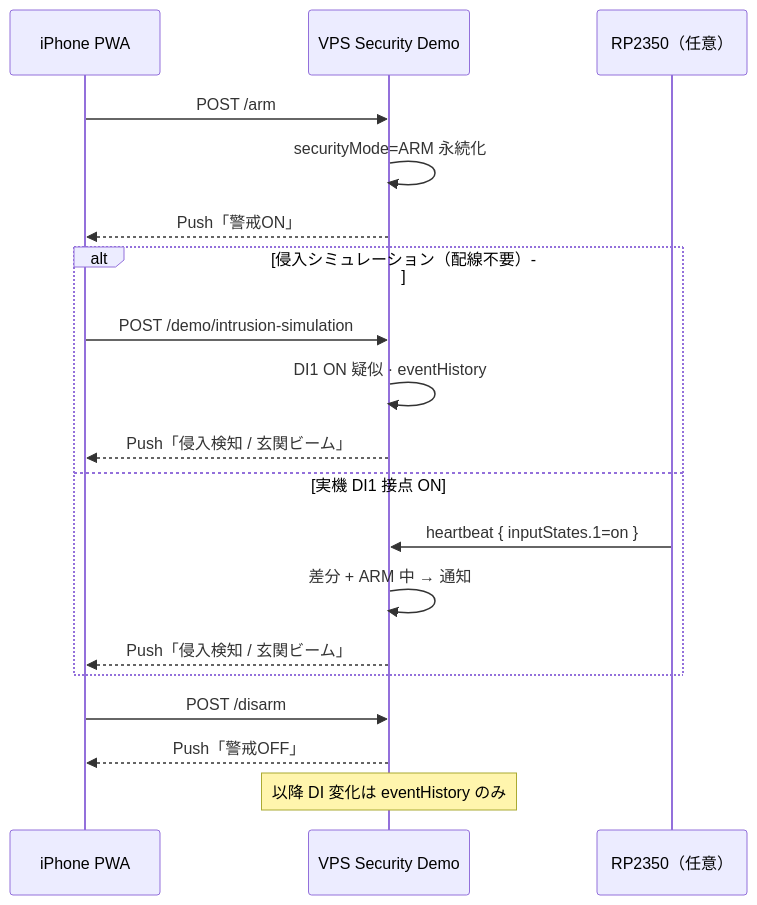
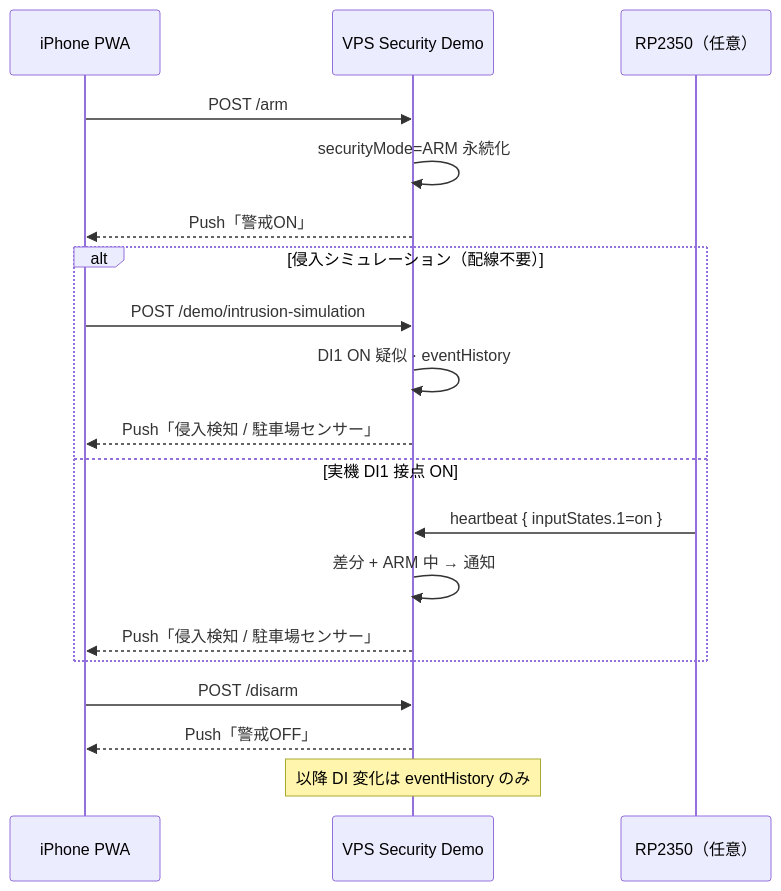
One commit to tomsyamanaka-bot/tisly-platform changed the fourth of 5 diagrams in docs/rc1-lite/system-architecture.md. Above: the diagram before and after it, drawn with Mermaid. The commit also changed 36 other files, not shown here.

````diff
--- a/docs/rc1-lite/system-architecture.md
+++ b/docs/rc1-lite/system-architecture.md
@@ -116,24 +116,24 @@
 ```mermaid
 sequenceDiagram
     participant PWA as iPhone PWA
     participant VPS as VPS Security Demo
     participant RP as RP2350（任意）
 
     PWA->>VPS: POST /arm
     VPS->>VPS: securityMode=ARM 永続化
     VPS-->>PWA: Push「警戒ON」
 
     alt 侵入シミュレーション（配線不要）
         PWA->>VPS: POST /demo/intrusion-simulation
         VPS->>VPS: DI1 ON 疑似 · eventHistory
-        VPS-->>PWA: Push「侵入検知 / 玄関ビーム」
+        VPS-->>PWA: Push「侵入検知 / 駐車場センサー」
     else 実機 DI1 接点 ON
         RP->>VPS: heartbeat { inputStates.1=on }
         VPS->>VPS: 差分 + ARM 中 → 通知
-        VPS-->>PWA: Push「侵入検知 / 玄関ビーム」
+        VPS-->>PWA: Push「侵入検知 / 駐車場センサー」
     end
 
     PWA->>VPS: POST /disarm
     VPS-->>PWA: Push「警戒OFF」
     Note over VPS: 以降 DI 変化は eventHistory のみ
 ```
````
